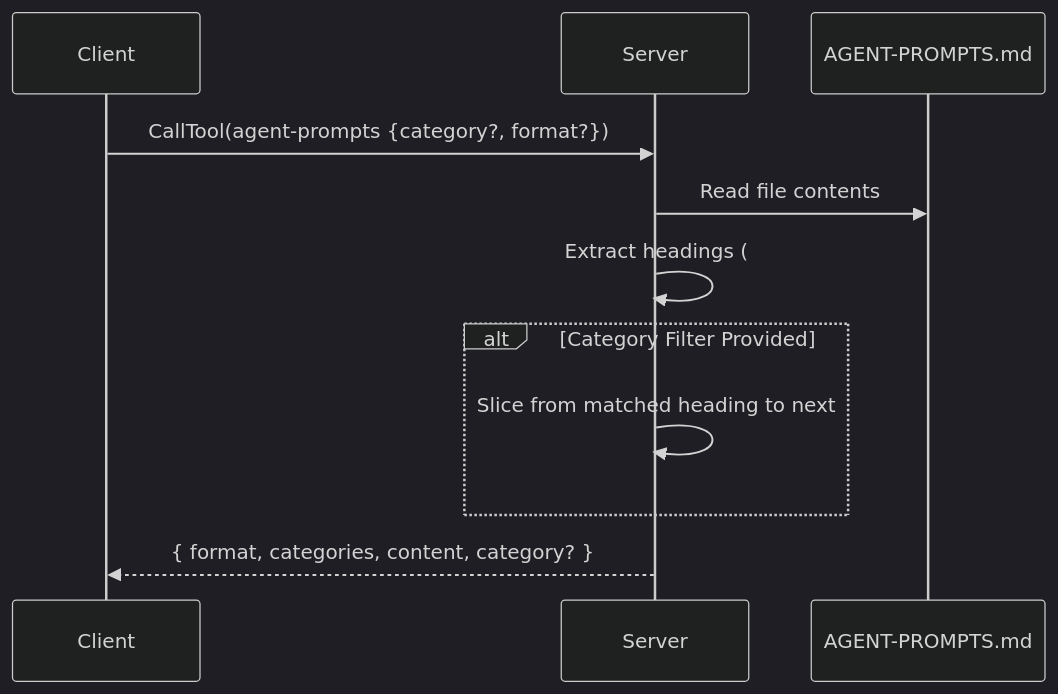
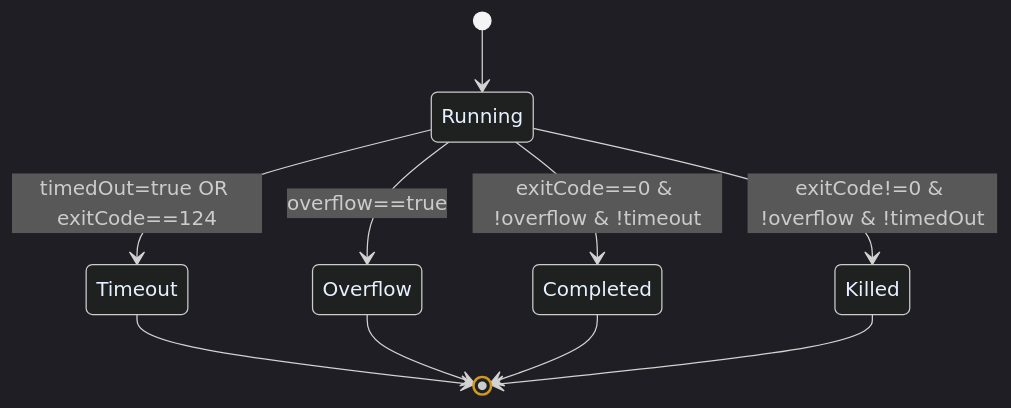
The fifth of 5 diagrams in docs/ARCHITECTURE.md (jagilber-org/powershell-mcp-server), drawn with Mermaid before and after one commit. The commit also changed other lines of this file, not shown here.

Commit message:
docs: update architecture with timeout terminationReason & adaptive lifecycle

````diff
--- a/docs/ARCHITECTURE.md
+++ b/docs/ARCHITECTURE.md
@@ -280,15 +163,13 @@
 ```mermaid
-%%{init: {'theme':'dark','themeVariables': { 'primaryColor': '#1e2730','primaryTextColor':'#e6f1ff','primaryBorderColor':'#4fa3ff','lineColor':'#6ea8ff','secondaryColor':'#2a3542','tertiaryColor':'#16202a'}}}%%
-sequenceDiagram
-    participant Client
-    participant Server
-    participant File as AGENT-PROMPTS.md
-
-    Client->>Server: CallTool(agent-prompts {category?, format?})
-    Server->>File: Read file contents
-    Server->>Server: Extract headings (## ...)
-    alt Category Filter Provided
-        Server->>Server: Slice from matched heading to next
-    end
-    Server-->>Client: { format, categories, content, category? }
+%%{init:{'theme':'dark','themeVariables':{'primaryColor':'#1e2730','primaryTextColor':'#e6f1ff','primaryBorderColor':'#d29922','lineColor':'#d29922','secondaryColor':'#2a3542'}}}%%
+stateDiagram-v2
+    [*] --> Running
+    Running --> Completed: exitCode==0 & !overflow & !timeout
+    Running --> Timeout: timedOut=true OR exitCode==124
+    Running --> Overflow: overflow==true
+    Running --> Killed: exitCode!=0 & !overflow & !timedOut
+    Timeout --> [*]
+    Overflow --> [*]
+    Completed --> [*]
+    Killed --> [*]
 ```
````
